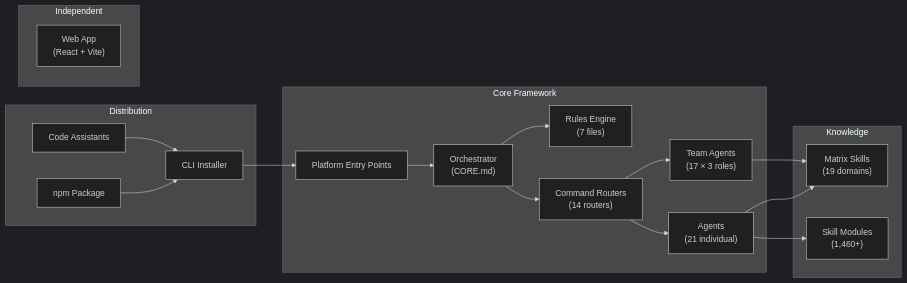
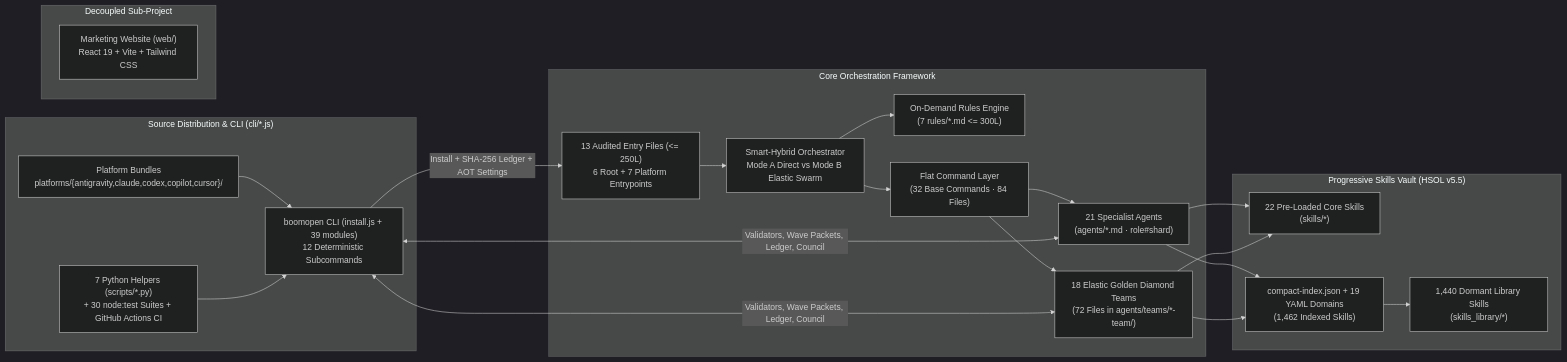
Before and after one commit to Kennyboom/BoomOpen-Workflow-Kit-Pro: the diagram in documents/knowledge-architecture/02-components.md, drawn with Mermaid (dark theme). The commit also changed other lines of this file and 302 other files, not shown here.

Commit message:
fix(workflows,docs): align 84 commands, 18 teams, 5 platforms, 17 READMEs & 50 knowledge docs to Pro v5.5

````diff
--- a/documents/knowledge-architecture/02-components.md
+++ b/documents/knowledge-architecture/02-components.md
@@ -30,38 +29,37 @@
 ```mermaid
 graph LR
-    subgraph "Distribution"
-        CLI["CLI Installer"]
-        CA["Code Assistants"]
-        PKG["npm Package"]
+    subgraph "Source Distribution & CLI (cli/*.js)"
+        CLI["boomopen CLI (install.js + 39 modules)<br/>12 Deterministic Subcommands"]
+        BUNDLES["Platform Bundles<br/>platforms/{antigravity,claude,codex,copilot,cursor}/"]
+        SCRIPTS["7 Python Helpers (scripts/*.py)<br/>+ 30 node:test Suites + GitHub Actions CI"]
     end
 
-    subgraph "Core Framework"
-        EP["Platform Entry Points"]
-        ORC["Orchestrator<br/>(CORE.md)"]
-        RULES["Rules Engine<br/>(7 files)"]
-        CMD["Command Routers<br/>(14 routers)"]
-        AG["Agents<br/>(21 individual)"]
-        TM["Team Agents<br/>(17 × 3 roles)"]
+    subgraph "Core Orchestration Framework"
+        EP["13 Audited Entry Files (<= 250L)<br/>6 Root + 7 Platform Entrypoints"]
+        ORC["Smart-Hybrid Orchestrator<br/>Mode A Direct vs Mode B Elastic Swarm"]
+        RULES["On-Demand Rules Engine<br/>(7 rules/*.md <= 300L)"]
+        CMD["Flat Command Layer<br/>(32 Base Commands · 84 Files)"]
+        AG["21 Specialist Agents<br/>(agents/*.md · role#shard)"]
+        TM["18 Elastic Golden Diamond Teams<br/>(72 Files in agents/teams/*-team/)"]
     end
 
-    subgraph "Knowledge"
-        MS["Matrix Skills<br/>(19 domains)"]
-        SK["Skill Modules<br/>(1,460+)"]
+    subgraph "Progressive Skills Vault (HSOL v5.5)"
+        CORE_SK["22 Pre-Loaded Core Skills<br/>(skills/*)"]
+        IDX["compact-index.json + 19 YAML Domains<br/>(1,462 Indexed Skills)"]
+        LIB_SK["1,440 Dormant Library Skills<br/>(skills_library/*)"]
     end
 
-    subgraph "Independent"
-        WEB["Web App<br/>(React + Vite)"]
+    subgraph "Decoupled Sub-Project"
+        WEB["Marketing Website (web/)<br/>React 19 + Vite + Tailwind CSS"]
     end
 
-    PKG --> CLI
-    CA --> CLI
-    CLI --> EP
+    BUNDLES --> CLI
+    CLI -->|"Install + SHA-256 Ledger + AOT Settings"| EP
     EP --> ORC
-    ORC --> RULES
-    ORC --> CMD
-    CMD --> AG
-    CMD --> TM
-    AG --> MS
-    AG --> SK
-    TM --> MS
+    ORC --> RULES & CMD
+    CMD --> AG & TM
+    AG & TM --> CORE_SK & IDX
+    IDX --> LIB_SK
+    CLI <-->|"Validators, Wave Packets, Ledger, Council"| AG & TM
+    SCRIPTS --> CLI
 ```
````
